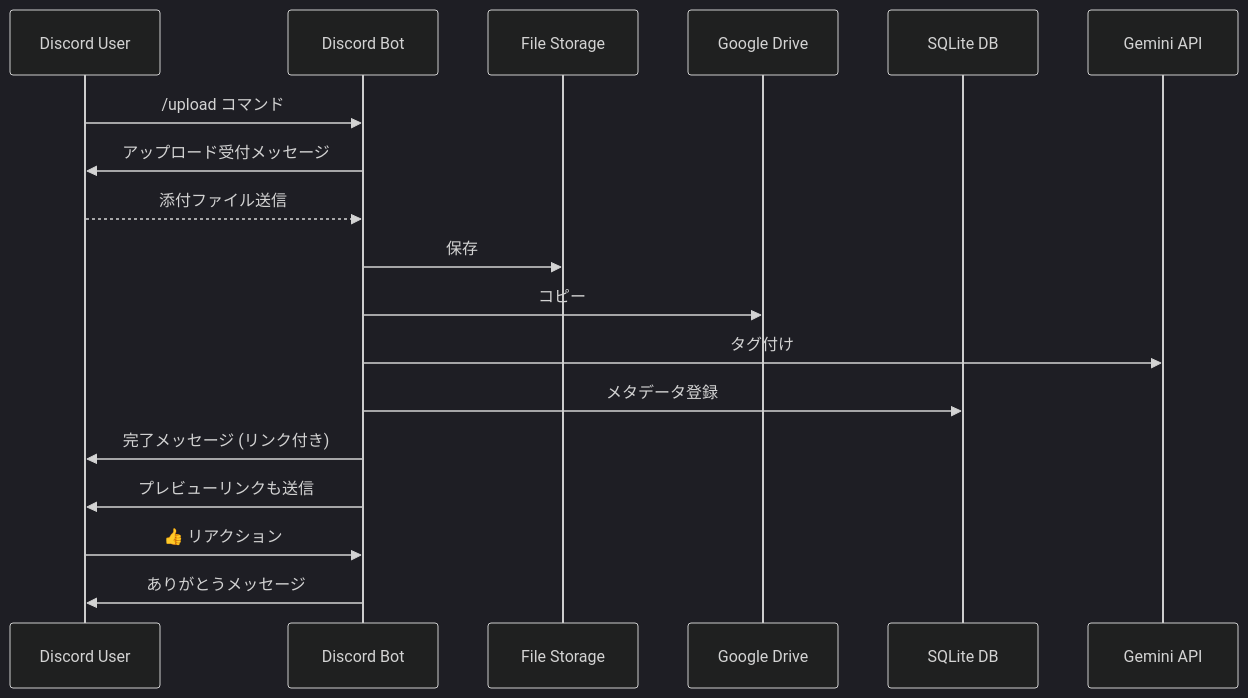
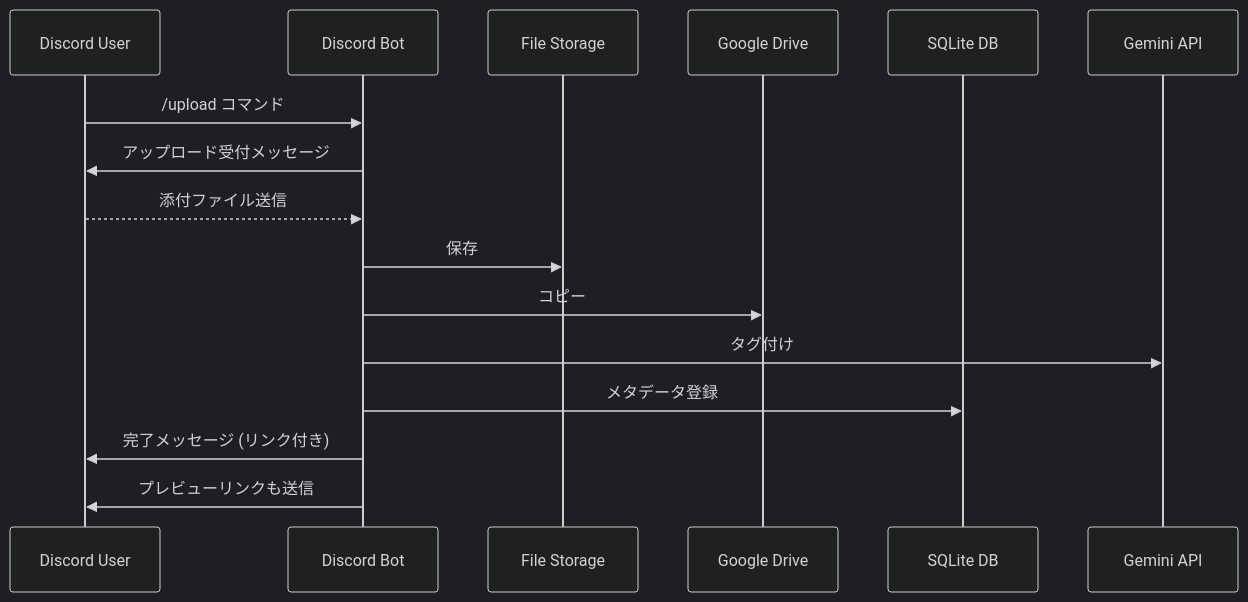
Before and after one commit to 5h1gerun/web_discord_server: the diagram in docs/sequence_discord.mmd, drawn with Mermaid.

```diff
--- a/docs/sequence_discord.mmd
+++ b/docs/sequence_discord.mmd
@@ -1,21 +1,19 @@
 %%{init: {'theme': 'dark'}}%%
 %% Discord 上でのシーケンス図
 sequenceDiagram
     participant User as Discord User
     participant Bot as Discord Bot
     participant Files as File Storage
     participant Drive as Google Drive
     participant DB as SQLite DB
     participant Gemini as Gemini API
 
     User->>Bot: /upload コマンド
     Bot->>User: アップロード受付メッセージ
     User-->>Bot: 添付ファイル送信
     Bot->>Files: 保存
     Bot->>Drive: コピー
     Bot->>Gemini: タグ付け
     Bot->>DB: メタデータ登録
     Bot->>User: 完了メッセージ (リンク付き)
     Bot->>User: プレビューリンクも送信
-    User->>Bot: 👍 リアクション
-    Bot->>User: ありがとうメッセージ
```
